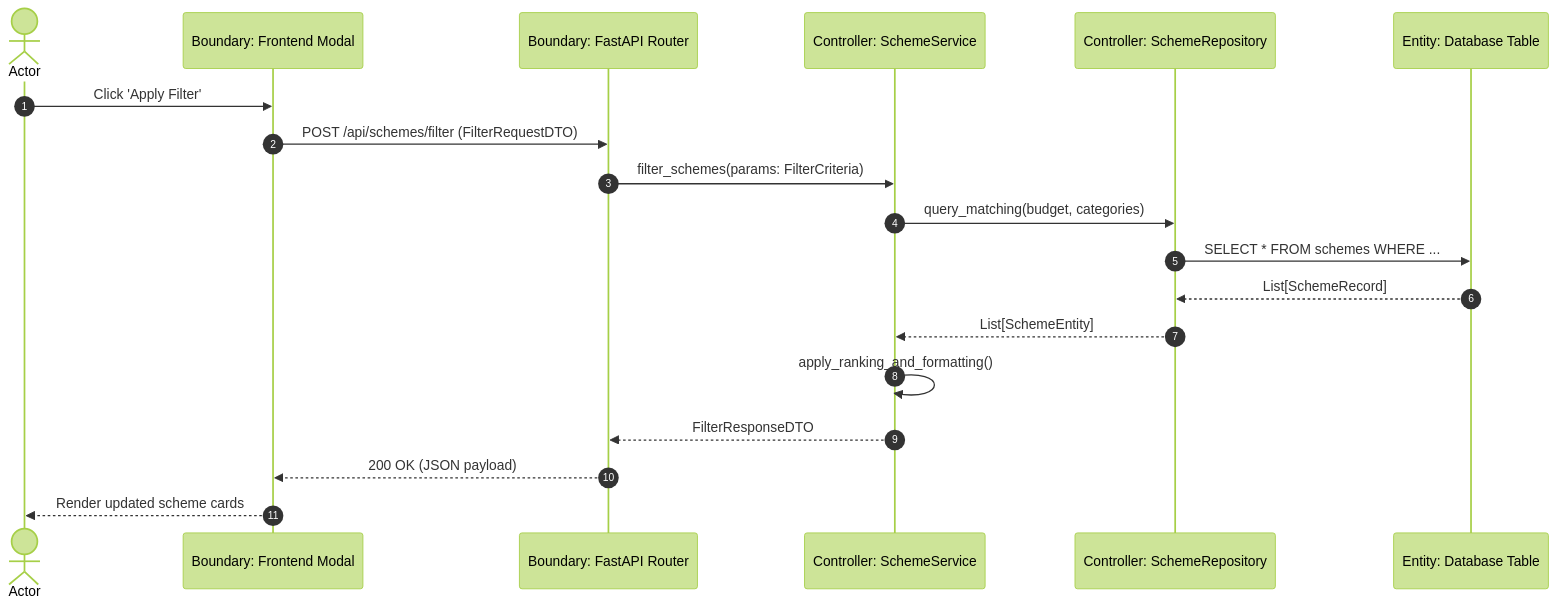
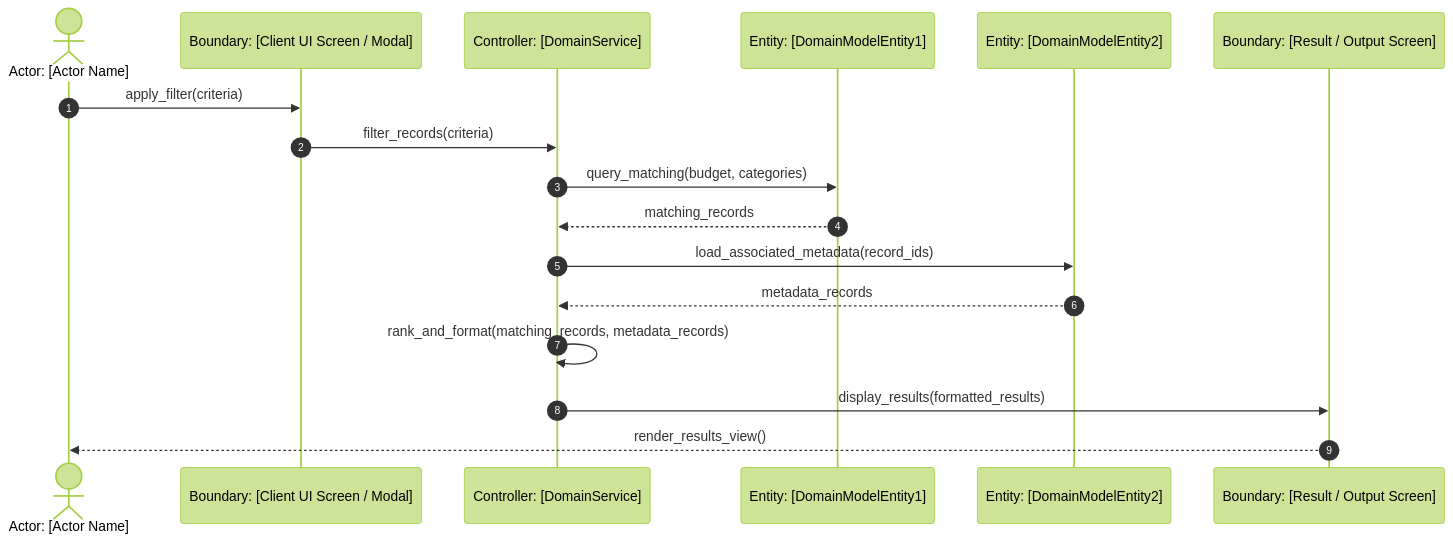
One commit to Gzaa19/Telaah changed the fourth of 6 diagrams in .specify/templates/plan-template.md. Above: the diagram before and after it, drawn with Mermaid (forest theme). The commit also changed other lines of this file and 17 other files, not shown here.

````diff
--- a/.specify/templates/plan-template.md
+++ b/.specify/templates/plan-template.md
@@ -133,22 +167,20 @@
 ```mermaid
 sequenceDiagram
     autonumber
-    actor User as Actor
-    participant GUI as Boundary: Frontend Modal
-    participant Router as Boundary: FastAPI Router
-    participant Service as Controller: SchemeService
-    participant Repo as Controller: SchemeRepository
-    participant DB as Entity: Database Table
+    actor User as Actor: [Actor Name]
+    participant GUI as Boundary: [Client UI Screen / Modal]
+    participant Service as Controller: [DomainService]
+    participant Entity1 as Entity: [DomainModelEntity1]
+    participant Entity2 as Entity: [DomainModelEntity2]
+    participant ResultGUI as Boundary: [Result / Output Screen]
 
-    User->>GUI: Click 'Apply Filter'
-    GUI->>Router: POST /api/schemes/filter (FilterRequestDTO)
-    Router->>Service: filter_schemes(params: FilterCriteria)
-    Service->>Repo: query_matching(budget, categories)
-    Repo->>DB: SELECT * FROM schemes WHERE ...
-    DB-->>Repo: List[SchemeRecord]
-    Repo-->>Service: List[SchemeEntity]
-    Service->>Service: apply_ranking_and_formatting()
-    Service-->>Router: FilterResponseDTO
-    Router-->>GUI: 200 OK (JSON payload)
-    GUI-->>User: Render updated scheme cards
+    User->>GUI: apply_filter(criteria)
+    GUI->>Service: filter_records(criteria)
+    Service->>Entity1: query_matching(budget, categories)
+    Entity1-->>Service: matching_records
+    Service->>Entity2: load_associated_metadata(record_ids)
+    Entity2-->>Service: metadata_records
+    Service->>Service: rank_and_format(matching_records, metadata_records)
+    Service->>ResultGUI: display_results(formatted_results)
+    ResultGUI-->>User: render_results_view()
 ```
````
